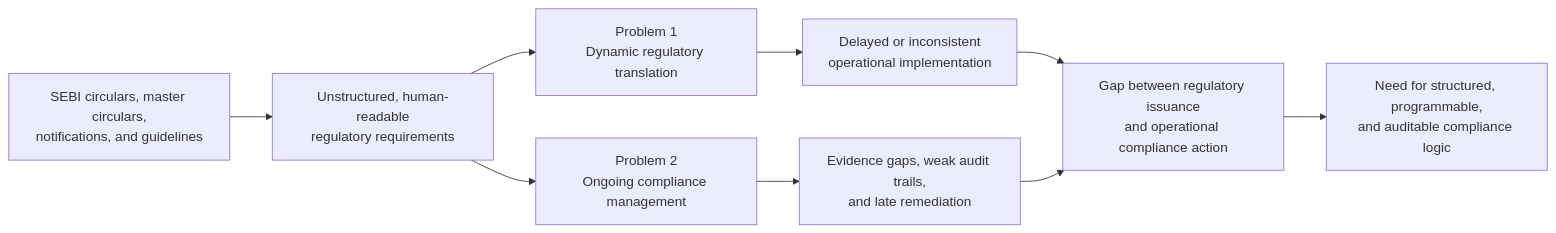
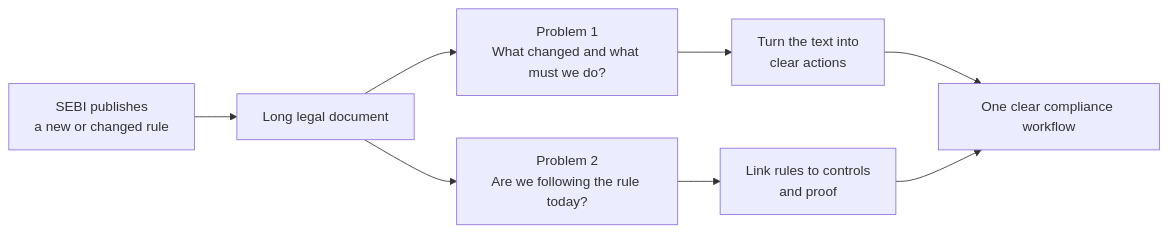
Before and after one commit to 23110572-hash/RuleFlow: the first of 6 diagrams in README.md, drawn with Mermaid. The commit also changed other lines of this file, not shown here.

````diff
--- a/README.md
+++ b/README.md
@@ -36,11 +31,10 @@
 ```mermaid
 flowchart LR
-    A["SEBI circulars, master circulars,<br/>notifications, and guidelines"] --> B["Unstructured, human-readable<br/>regulatory requirements"]
-    B --> C["Problem 1<br/>Dynamic regulatory translation"]
-    B --> D["Problem 2<br/>Ongoing compliance management"]
-    C --> E["Delayed or inconsistent<br/>operational implementation"]
-    D --> F["Evidence gaps, weak audit trails,<br/>and late remediation"]
-    E --> G["Gap between regulatory issuance<br/>and operational compliance action"]
+    A["SEBI publishes<br/>a new or changed rule"] --> B["Long legal document"]
+    B --> C["Problem 1<br/>What changed and what must we do?"]
+    B --> D["Problem 2<br/>Are we following the rule today?"]
+    C --> E["Turn the text into<br/>clear actions"]
+    D --> F["Link rules to controls<br/>and proof"]
+    E --> G["One clear compliance workflow"]
     F --> G
-    G --> H["Need for structured, programmable,<br/>and auditable compliance logic"]
 ```
````
